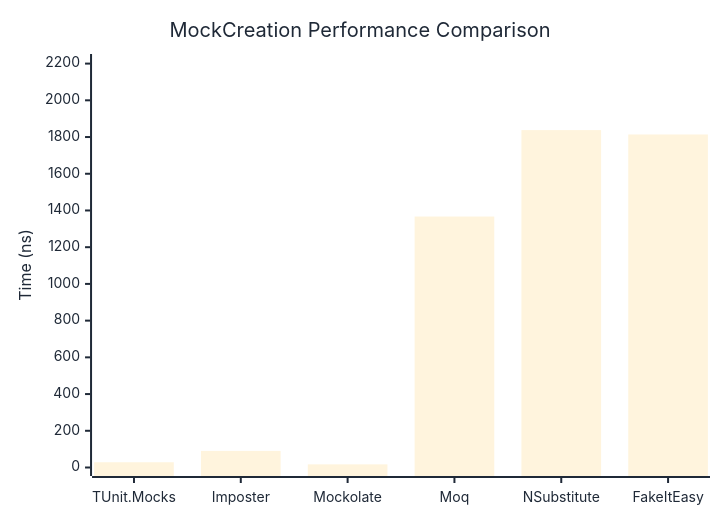
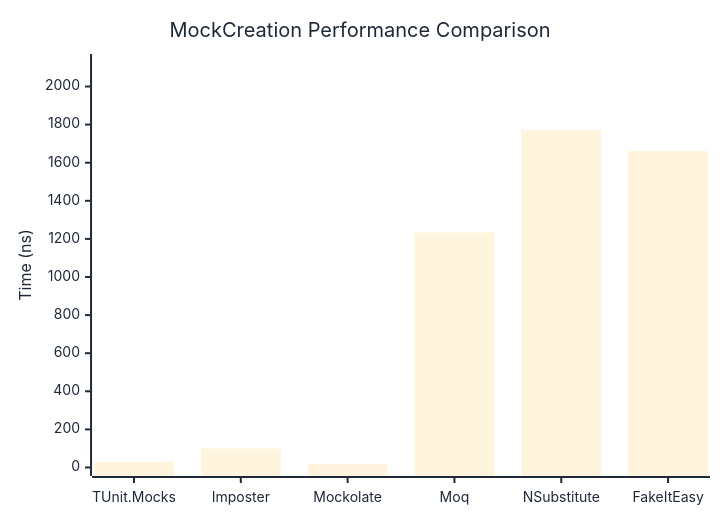
One commit to thomhurst/TUnit changed the first of 2 diagrams in docs/docs/benchmarks/mocks/MockCreation.md. Above: the diagram before and after it, drawn with Mermaid. The commit also changed other lines of this file and 14 other files, not shown here.

````diff
--- a/docs/docs/benchmarks/mocks/MockCreation.md
+++ b/docs/docs/benchmarks/mocks/MockCreation.md
@@ -30,27 +30,27 @@
 ```mermaid
 %%{init: {
   'theme':'base',
   'themeVariables': {
     'primaryColor': '#2563eb',
     'primaryTextColor': '#1f2937',
     'primaryBorderColor': '#1e40af',
     'lineColor': '#6b7280',
     'secondaryColor': '#7c3aed',
     'tertiaryColor': '#dc2626',
     'background': '#ffffff',
     'pie1': '#2563eb',
     'pie2': '#7c3aed',
     'pie3': '#dc2626',
     'pie4': '#f59e0b',
     'pie5': '#10b981',
     'pie6': '#06b6d4',
     'pie7': '#ec4899',
     'pie8': '#6366f1'
   }
 }}%%
 xychart-beta
   title "MockCreation Performance Comparison"
   x-axis ["TUnit.Mocks", "Imposter", "Mockolate", "Moq", "NSubstitute", "FakeItEasy"]
-  y-axis "Time (ns)" 0 --> 2206
-  bar [28.55, 90.33, 17.08, 1367.02, 1837.69, 1813.97]
+  y-axis "Time (ns)" 0 --> 2126
+  bar [29.72, 99.96, 17.78, 1234.08, 1771.66, 1661.55]
 ```
````
